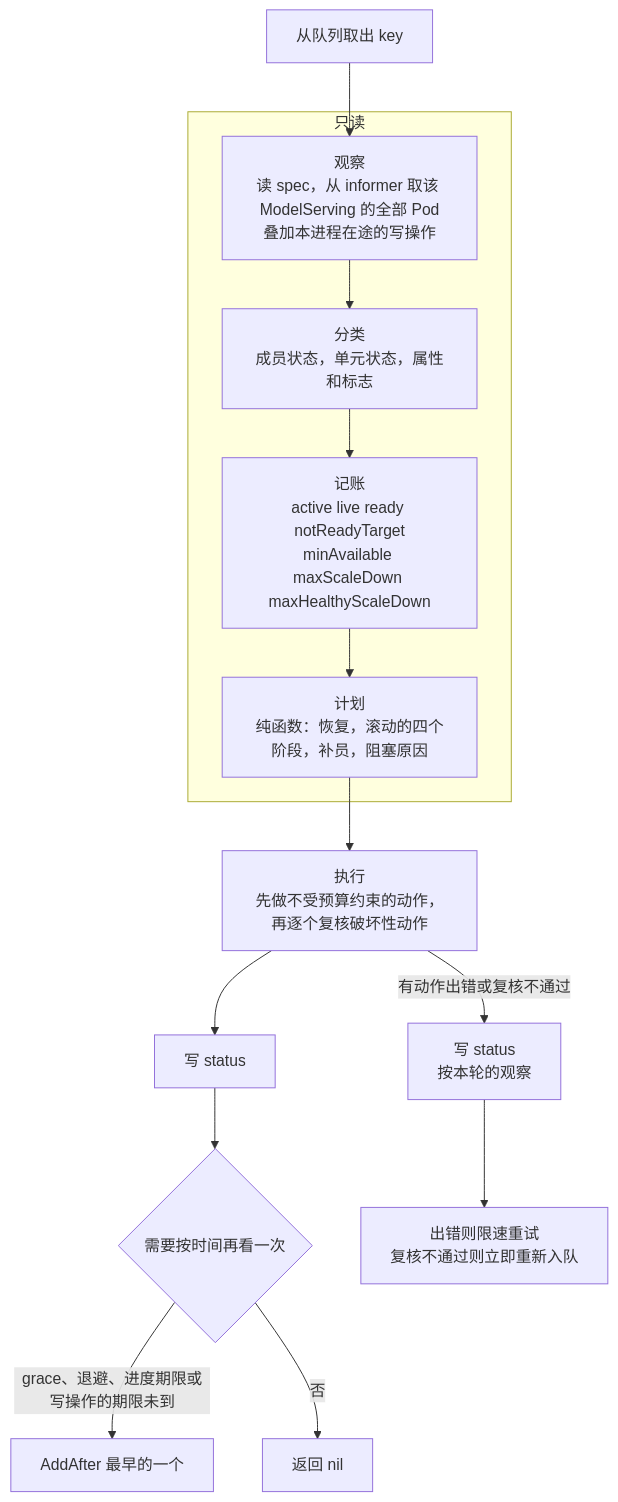
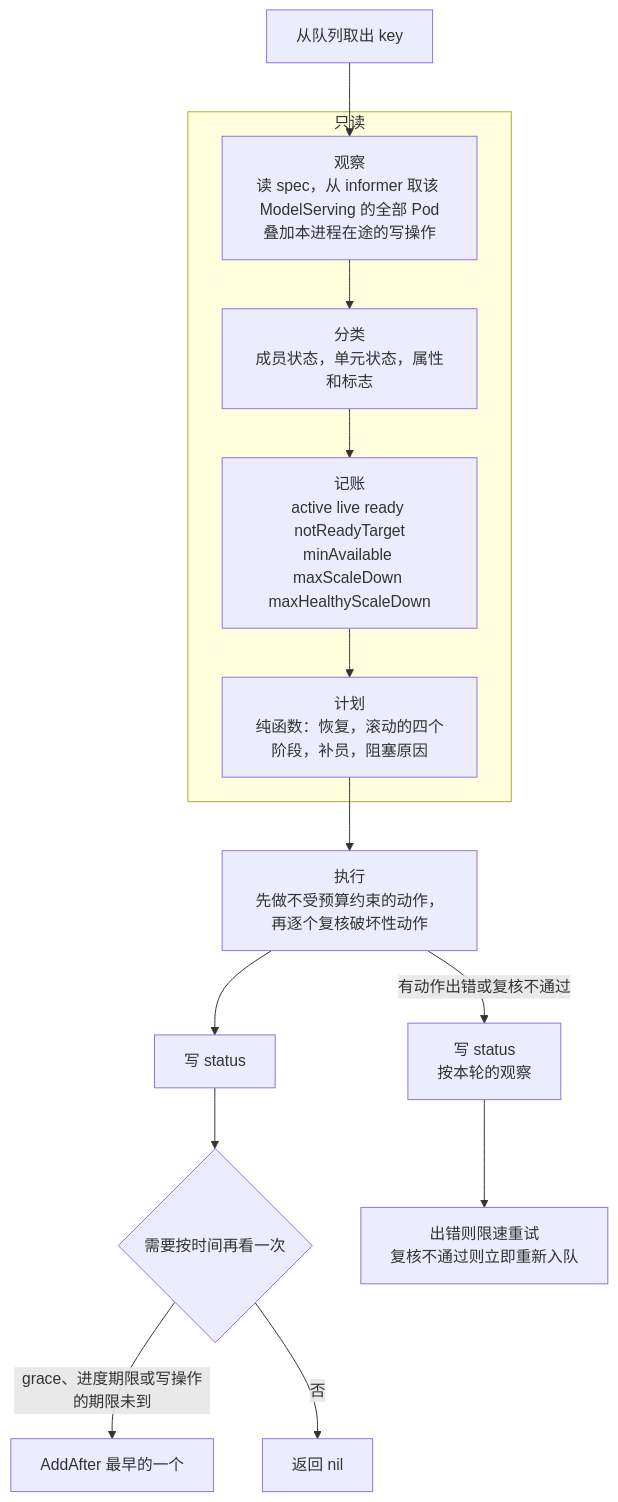
The fourth of 8 diagrams in docs/proposal/modelserving-rollout-final/04-state-machine.md (VanderChen/kthena), drawn with Mermaid before and after one commit. The commit also changed other lines of this file and 6 other files, not shown here.

````diff
--- a/docs/proposal/modelserving-rollout-final/04-state-machine.md
+++ b/docs/proposal/modelserving-rollout-final/04-state-machine.md
@@ -276,15 +279,15 @@
 ```mermaid
 flowchart TD
     Q[从队列取出 key] --> O
     subgraph 只读
     O[观察<br/>读 spec，从 informer 取该 ModelServing 的全部 Pod<br/>叠加本进程在途的写操作] --> C[分类<br/>成员状态，单元状态，属性和标志]
     C --> L[记账<br/>active live ready notReadyTarget<br/>minAvailable maxScaleDown maxHealthyScaleDown]
     L --> P[计划<br/>纯函数：恢复，滚动的四个阶段，补员，阻塞原因]
     end
     P --> E[执行<br/>先做不受预算约束的动作，再逐个复核破坏性动作]
     E --> S[写 status]
     S --> R{需要按时间再看一次}
-    R -->|grace、退避、进度期限或写操作的期限未到| RA[AddAfter 最早的一个]
+    R -->|grace、进度期限或写操作的期限未到| RA[AddAfter 最早的一个]
     R -->|否| RN[返回 nil]
     E -->|有动作出错或复核不通过| SE[写 status<br/>按本轮的观察] --> RE[出错则限速重试<br/>复核不通过则立即重新入队]
 ```
````
